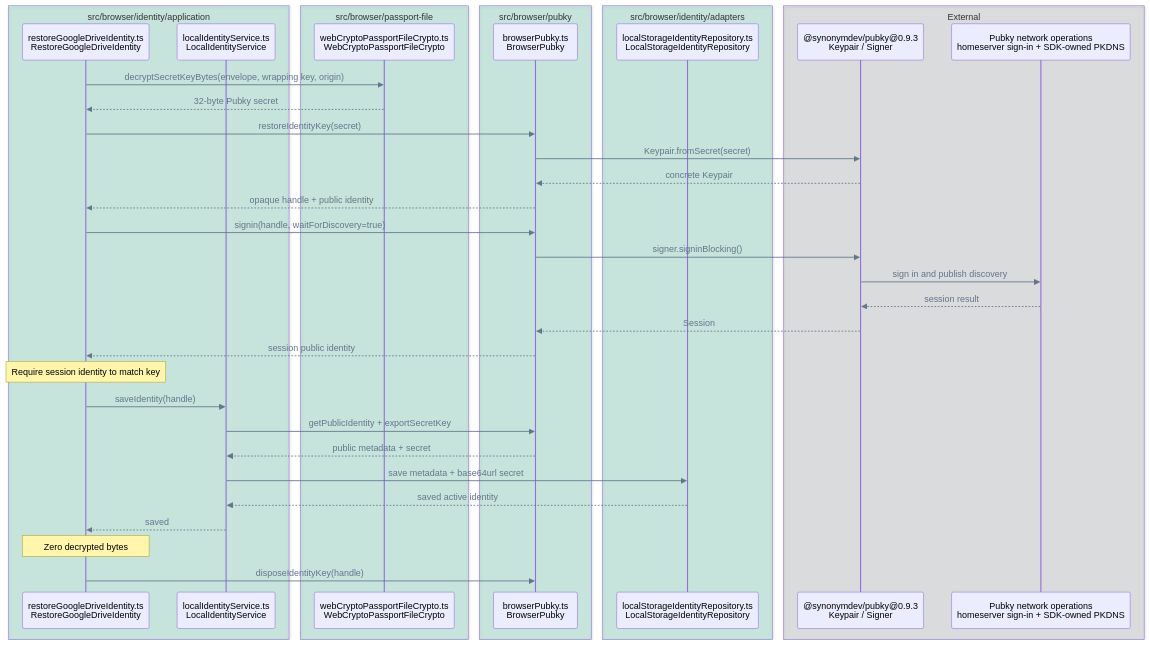
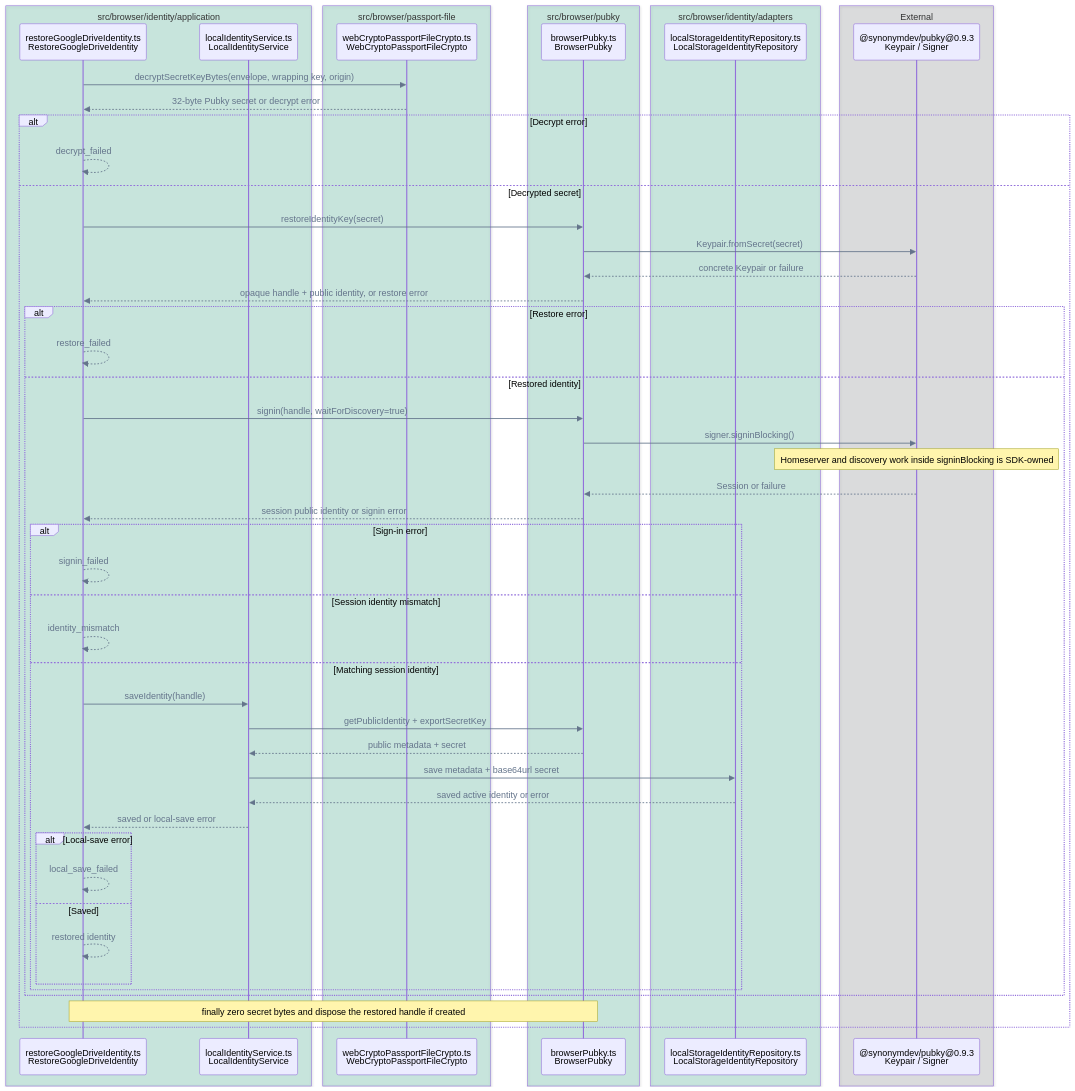
One commit to pubky/pubky-passport changed the ninth of 14 diagrams in FLOWS.md. Above: the diagram before and after it, drawn with Mermaid. The commit also changed other lines of this file, not shown here.

Commit message:
docs: align runtime flows with implementation

````diff
--- a/FLOWS.md
+++ b/FLOWS.md
@@ -429,45 +429,60 @@
 ```mermaid
 %%{init: {"themeVariables": {"signalColor": "#64748B", "signalTextColor": "#64748B"}}}%%
 sequenceDiagram
     accTitle: Existing identity restore call flow
-    accDescr: Browser crypto decrypts the Drive envelope, BrowserPubky signs in with the restored key, and the verified identity is saved locally.
+    accDescr: Browser crypto decrypts the Drive envelope, BrowserPubky signs in with the restored key, and only a matching activated identity is saved locally; failures stop before later stages and cleanup runs after decryption succeeds.
     box rgba(0, 158, 115, 0.18) src/browser/identity/application
         participant Restore as restoreGoogleDriveIdentity.ts<br/>RestoreGoogleDriveIdentity
         participant Local as localIdentityService.ts<br/>LocalIdentityService
     end
     box rgba(0, 158, 115, 0.18) src/browser/passport-file
         participant Crypto as webCryptoPassportFileCrypto.ts<br/>WebCryptoPassportFileCrypto
     end
     box rgba(0, 158, 115, 0.18) src/browser/pubky
         participant Pubky as browserPubky.ts<br/>BrowserPubky
     end
     box rgba(0, 158, 115, 0.18) src/browser/identity/adapters
         participant Repo as localStorageIdentityRepository.ts<br/>LocalStorageIdentityRepository
     end
     box rgba(17, 24, 39, 0.12) External
         participant SDK as @synonymdev/pubky@0.9.3<br/>Keypair / Signer
-        participant Network as Pubky network operations<br/>homeserver sign-in + SDK-owned PKDNS
     end
 
     Restore->>Crypto: decryptSecretKeyBytes(envelope, wrapping key, origin)
-    Crypto-->>Restore: 32-byte Pubky secret
-    Restore->>Pubky: restoreIdentityKey(secret)
-    Pubky->>SDK: Keypair.fromSecret(secret)
-    SDK-->>Pubky: concrete Keypair
-    Pubky-->>Restore: opaque handle + public identity
-    Restore->>Pubky: signin(handle, waitForDiscovery=true)
-    Pubky->>SDK: signer.signinBlocking()
-    SDK->>Network: sign in and publish discovery
-    Network-->>SDK: session result
-    SDK-->>Pubky: Session
-    Pubky-->>Restore: session public identity
-    Note over Restore: Require session identity to match key
-    Restore->>Local: saveIdentity(handle)
-    Local->>Pubky: getPublicIdentity + exportSecretKey
-    Pubky-->>Local: public metadata + secret
-    Local->>Repo: save metadata + base64url secret
-    Repo-->>Local: saved active identity
-    Local-->>Restore: saved
-    Note over Restore: Zero decrypted bytes
-    Restore->>Pubky: disposeIdentityKey(handle)
+    Crypto-->>Restore: 32-byte Pubky secret or decrypt error
+    alt Decrypt error
+        Restore-->>Restore: decrypt_failed
+    else Decrypted secret
+        Restore->>Pubky: restoreIdentityKey(secret)
+        Pubky->>SDK: Keypair.fromSecret(secret)
+        SDK-->>Pubky: concrete Keypair or failure
+        Pubky-->>Restore: opaque handle + public identity, or restore error
+        alt Restore error
+            Restore-->>Restore: restore_failed
+        else Restored identity
+            Restore->>Pubky: signin(handle, waitForDiscovery=true)
+            Pubky->>SDK: signer.signinBlocking()
+            Note over SDK: Homeserver and discovery work inside signinBlocking is SDK-owned
+            SDK-->>Pubky: Session or failure
+            Pubky-->>Restore: session public identity or signin error
+            alt Sign-in error
+                Restore-->>Restore: signin_failed
+            else Session identity mismatch
+                Restore-->>Restore: identity_mismatch
+            else Matching session identity
+                Restore->>Local: saveIdentity(handle)
+                Local->>Pubky: getPublicIdentity + exportSecretKey
+                Pubky-->>Local: public metadata + secret
+                Local->>Repo: save metadata + base64url secret
+                Repo-->>Local: saved active identity or error
+                Local-->>Restore: saved or local-save error
+                alt Local-save error
+                    Restore-->>Restore: local_save_failed
+                else Saved
+                    Restore-->>Restore: restored identity
+                end
+            end
+        end
+        Note over Restore,Pubky: finally zero secret bytes and dispose the restored handle if created
+    end
 ```
````
